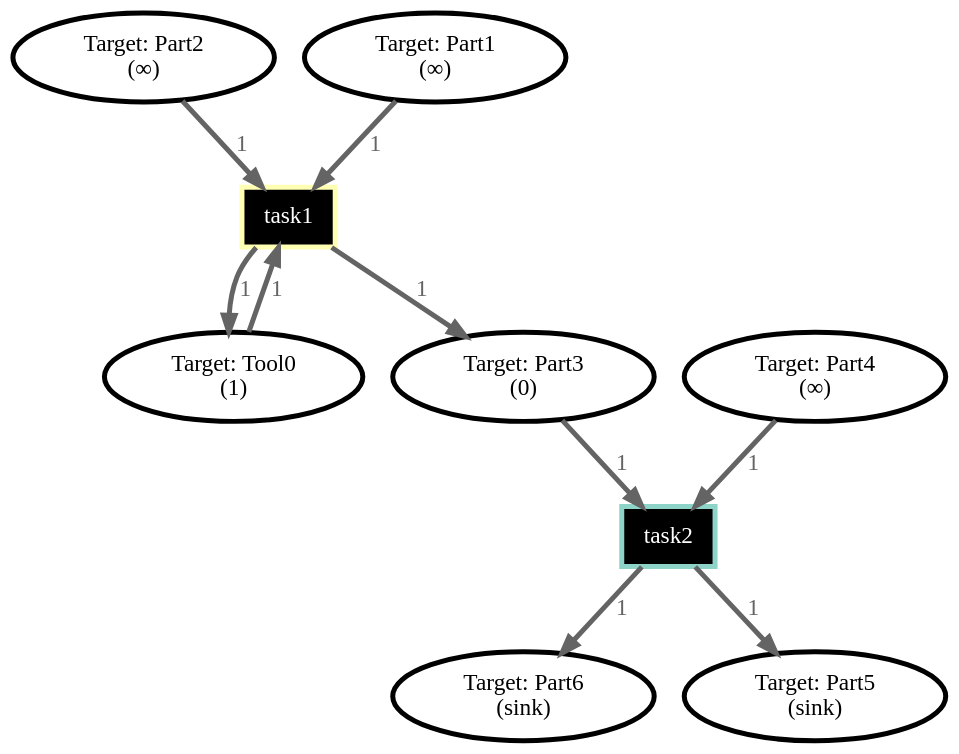
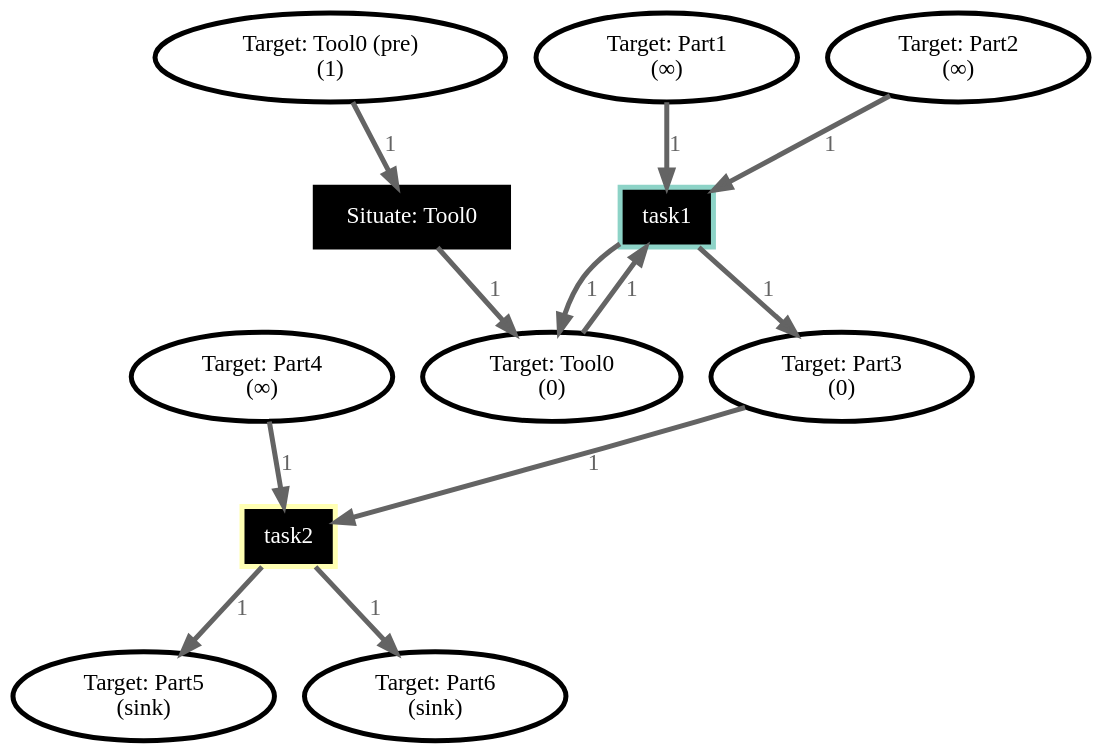
One commit to Wisc-HCI/allocobot changed the diagram in basic.dot. Above: the diagram before and after it, drawn with Graphviz. The commit also changed 14 other files, not shown here.

```diff
--- a/basic.dot
+++ b/basic.dot
@@ -1,31 +1,37 @@
 digraph Job_1 {
 bgcolor="transparent"
+// Place Target: Part3
+	51458442459762781523499098293274758173 [label="Target: Part3\n(0)",tooltip="Target:Part3\nTargetSituated:Part3",style=filled,fillcolor="#FFFFFF",color="#000000",penwidth=3];
+// Place Target: Part4
+	291858316721107522964210166504376799675 [label="Target: Part4\n(∞)",tooltip="Target:Part4\nTargetSituated:Part4",style=filled,fillcolor="#FFFFFF",color="#000000",penwidth=3];
+// Place Target: Part5
+	321324079621855493870637528222233443919 [label="Target: Part5\n(sink)",tooltip="Target:Part5\nTargetSituated:Part5",style=filled,fillcolor="#FFFFFF",color="#000000",penwidth=3];
+// Place Target: Part1
+	206566233708689047294751286284038067272 [label="Target: Part1\n(∞)",tooltip="Target:Part1\nTargetSituated:Part1",style=filled,fillcolor="#FFFFFF",color="#000000",penwidth=3];
+// Place Target: Tool0 (pre)
+	114896067931484102137083225494674447644 [label="Target: Tool0 (pre)\n(1)",tooltip="Target:Tool0\nTargetUnplaced:Tool0",style=filled,fillcolor="#FFFFFF",color="#000000",penwidth=3];
 // Place Target: Part2
-	229796830994320086550841309018528025723 [label="Target: Part2\n(∞)",tooltip="Target:Part2",style=filled,fillcolor="#FFFFFF",color="#000000",penwidth=3];
-// Place Target: Part3
-	111207074528930920974023996637798907682 [label="Target: Part3\n(0)",tooltip="Target:Part3",style=filled,fillcolor="#FFFFFF",color="#000000",penwidth=3];
+	144997823394495210451223452539949641752 [label="Target: Part2\n(∞)",tooltip="Target:Part2\nTargetSituated:Part2",style=filled,fillcolor="#FFFFFF",color="#000000",penwidth=3];
 // Place Target: Part6
-	223904012590262649490106335439222087609 [label="Target: Part6\n(sink)",tooltip="Target:Part6",style=filled,fillcolor="#FFFFFF",color="#000000",penwidth=3];
-// Place Target: Part4
-	46542626004616670144962385505130569823 [label="Target: Part4\n(∞)",tooltip="Target:Part4",style=filled,fillcolor="#FFFFFF",color="#000000",penwidth=3];
+	176503851995585389558154199426002221230 [label="Target: Part6\n(sink)",tooltip="Target:Part6\nTargetSituated:Part6",style=filled,fillcolor="#FFFFFF",color="#000000",penwidth=3];
 // Place Target: Tool0
-	333527955037345707140191695102878057628 [label="Target: Tool0\n(1)",tooltip="Target:Tool0",style=filled,fillcolor="#FFFFFF",color="#000000",penwidth=3];
-// Place Target: Part1
-	35962894677121355045917134238595414877 [label="Target: Part1\n(∞)",tooltip="Target:Part1",style=filled,fillcolor="#FFFFFF",color="#000000",penwidth=3];
-// Place Target: Part5
-	289780229631635489750083816345446531483 [label="Target: Part5\n(sink)",tooltip="Target:Part5",style=filled,fillcolor="#FFFFFF",color="#000000",penwidth=3];
+	312803515184105042338609438611473133540 [label="Target: Tool0\n(0)",tooltip="Target:Tool0\nTargetSituated:Tool0",style=filled,fillcolor="#FFFFFF",color="#000000",penwidth=3];
+// Transition Situate: Tool0
+	269295504741548991069626650007202406912 [label="Situate: Tool0",tooltip="Target:Tool0\nTargetSituated:Tool0\nAgentAgnostic",shape=box,style=filled,fillcolor="#000000",fontcolor="#FFFFFF",color="#000000",penwidth=3];
+// Transition task1
+	227300663176116271873107439035244261677 [label="task1",tooltip="Task:task1",shape=box,style=filled,fillcolor="#000000",fontcolor="#FFFFFF",color="#8DD3C7",penwidth=3];
 // Transition task2
-	96125577654285215117336544733486040147 [label="task2",tooltip="Task:task2",shape=box,style=filled,fillcolor="#000000",fontcolor="#FFFFFF",color="#8DD3C7",penwidth=3];
-// Transition task1
-	247540908381885874707202673811351352180 [label="task1",tooltip="Task:task1",shape=box,style=filled,fillcolor="#000000",fontcolor="#FFFFFF",color="#FFFFB3",penwidth=3];
-	111207074528930920974023996637798907682 -> 96125577654285215117336544733486040147 [label="1",color="#646464",fontcolor="#646464",penwidth=3];
-	46542626004616670144962385505130569823 -> 96125577654285215117336544733486040147 [label="1",color="#646464",fontcolor="#646464",penwidth=3];
-	96125577654285215117336544733486040147 -> 289780229631635489750083816345446531483 [label="1",color="#646464",fontcolor="#646464",penwidth=3];
-	96125577654285215117336544733486040147 -> 223904012590262649490106335439222087609 [label="1",color="#646464",fontcolor="#646464",penwidth=3];
-	229796830994320086550841309018528025723 -> 247540908381885874707202673811351352180 [label="1",color="#646464",fontcolor="#646464",penwidth=3];
-	333527955037345707140191695102878057628 -> 247540908381885874707202673811351352180 [label="1",color="#646464",fontcolor="#646464",penwidth=3];
-	35962894677121355045917134238595414877 -> 247540908381885874707202673811351352180 [label="1",color="#646464",fontcolor="#646464",penwidth=3];
-	247540908381885874707202673811351352180 -> 111207074528930920974023996637798907682 [label="1",color="#646464",fontcolor="#646464",penwidth=3];
-	247540908381885874707202673811351352180 -> 333527955037345707140191695102878057628 [label="1",color="#646464",fontcolor="#646464",penwidth=3];
+	18645727782993144547385201669311364164 [label="task2",tooltip="Task:task2",shape=box,style=filled,fillcolor="#000000",fontcolor="#FFFFFF",color="#FFFFB3",penwidth=3];
+	114896067931484102137083225494674447644 -> 269295504741548991069626650007202406912 [label="1",color="#646464",fontcolor="#646464",penwidth=3];
+	269295504741548991069626650007202406912 -> 312803515184105042338609438611473133540 [label="1",color="#646464",fontcolor="#646464",penwidth=3];
+	144997823394495210451223452539949641752 -> 227300663176116271873107439035244261677 [label="1",color="#646464",fontcolor="#646464",penwidth=3];
+	312803515184105042338609438611473133540 -> 227300663176116271873107439035244261677 [label="1",color="#646464",fontcolor="#646464",penwidth=3];
+	206566233708689047294751286284038067272 -> 227300663176116271873107439035244261677 [label="1",color="#646464",fontcolor="#646464",penwidth=3];
+	227300663176116271873107439035244261677 -> 312803515184105042338609438611473133540 [label="1",color="#646464",fontcolor="#646464",penwidth=3];
+	227300663176116271873107439035244261677 -> 51458442459762781523499098293274758173 [label="1",color="#646464",fontcolor="#646464",penwidth=3];
+	291858316721107522964210166504376799675 -> 18645727782993144547385201669311364164 [label="1",color="#646464",fontcolor="#646464",penwidth=3];
+	51458442459762781523499098293274758173 -> 18645727782993144547385201669311364164 [label="1",color="#646464",fontcolor="#646464",penwidth=3];
+	18645727782993144547385201669311364164 -> 176503851995585389558154199426002221230 [label="1",color="#646464",fontcolor="#646464",penwidth=3];
+	18645727782993144547385201669311364164 -> 321324079621855493870637528222233443919 [label="1",color="#646464",fontcolor="#646464",penwidth=3];
 overlap=false
 }
```
